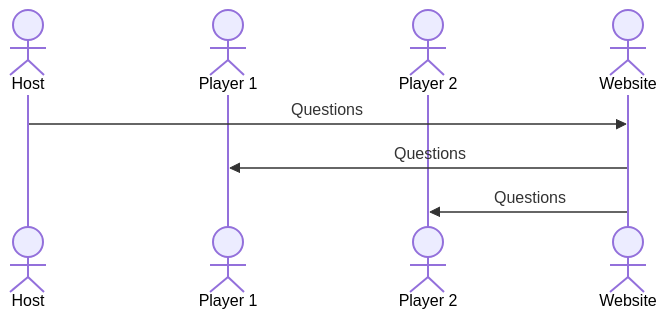
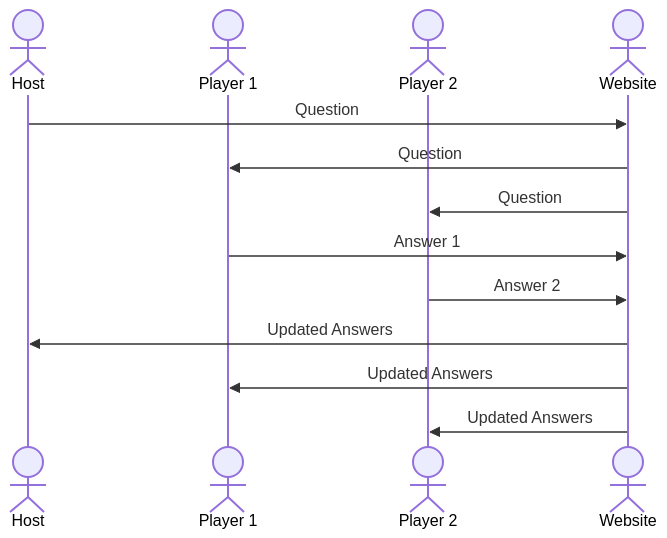
Before and after one commit to bltowne/startup: the diagram in README.md, drawn with Mermaid.

Commit message:
update readme complete sequence diagram

````diff
--- a/README.md
+++ b/README.md
@@ -36,10 +36,15 @@
 ```mermaid
 sequenceDiagram
     actor Host
     actor Player 1
     actor Player 2
     actor Website
-    Host->>Website: Questions
-    Website->>Player 1: Questions
-    Website->>Player 2: Questions
+    Host->>Website: Question
+    Website->>Player 1: Question
+    Website->>Player 2: Question
+    Player 1->>Website: Answer 1
+    Player 2->>Website: Answer 2
+    Website->>Host: Updated Answers
+    Website->>Player 1: Updated Answers
+    Website->>Player 2: Updated Answers
 ```
````
